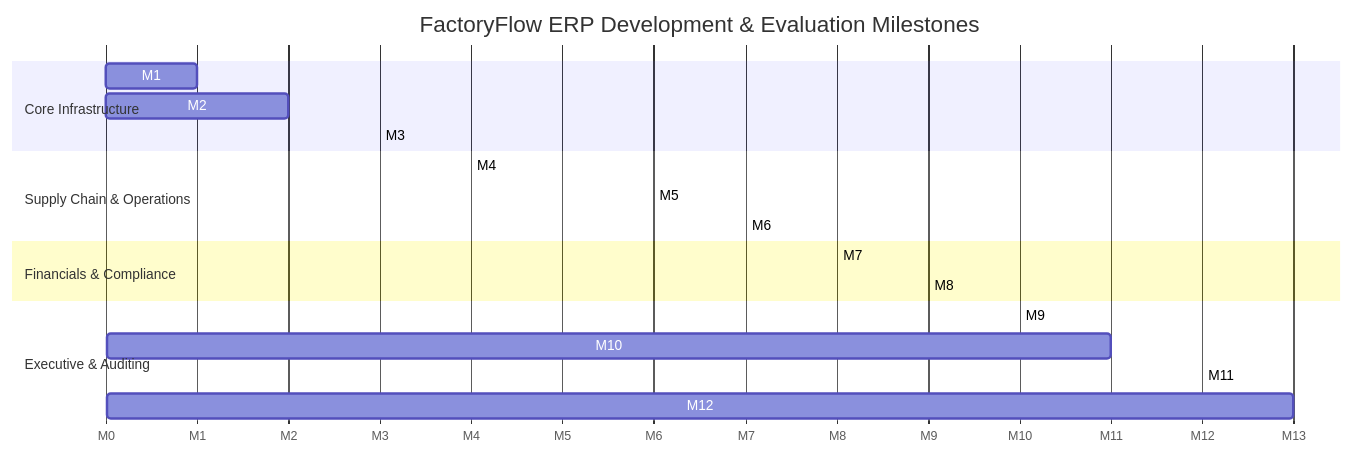
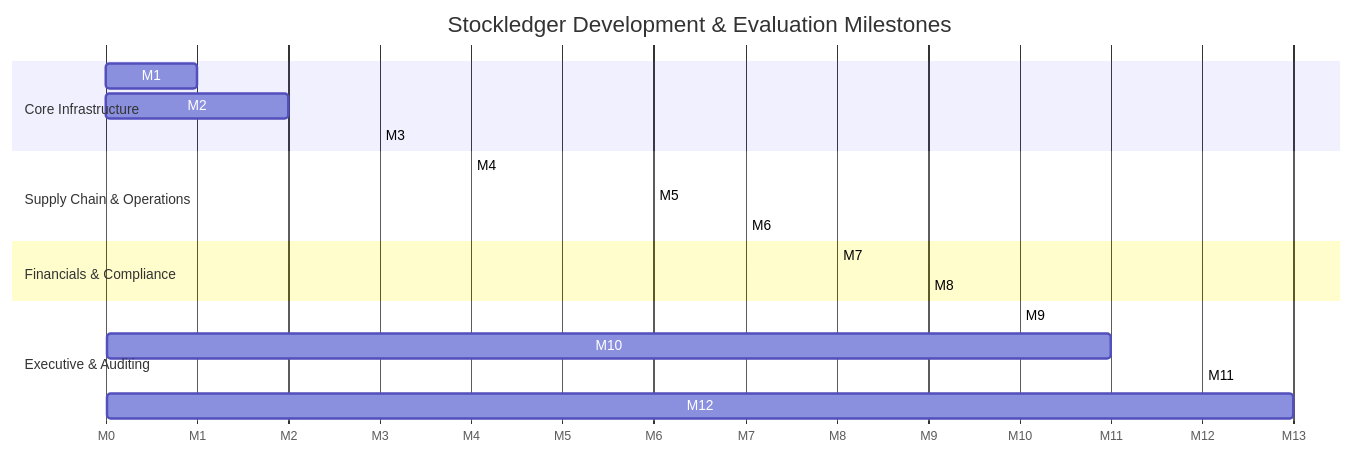
One commit to ramanan-sethuraman/Stockledger changed the diagram in docs/DEVELOPMENT_ROADMAP.md. Above: the diagram before and after it, drawn with Mermaid. The commit also changed other lines of this file and 23 other files, not shown here.

````diff
--- a/docs/DEVELOPMENT_ROADMAP.md
+++ b/docs/DEVELOPMENT_ROADMAP.md
@@ -6,22 +6,22 @@
 ```mermaid
 gantt
-    title FactoryFlow ERP Development & Evaluation Milestones
+    title Stockledger Development & Evaluation Milestones
     dateFormat  X
     axisFormat  M%s
     section Core Infrastructure
     M1: Analysis & Architecture        :active, 0, 1
     M2: Database Schema & ER Model     :crit, 1, 2
     M3: Auth & RBAC Security           :2, 3
     section Supply Chain & Operations
     M4: Inventory Ledger & Purchase    :3, 4
     M5: BOM & Production Engine        :5, 6
     M6: Sales & Order Approval         :6, 7
     section Financials & Compliance
     M7: GST Invoices & Dispatch        :7, 8
     M8: Product Costing & Payments     :8, 9
     section Executive & Auditing
     M9: Dashboards & Financial Reports :9, 10
     M10: Test Automation & Benchmark   :crit, 10, 11
     M11: UI Polish & Documentation     :11, 12
-    M12: Final Evaluator Simulation    :crit, 12, 13
+    M12: Evaluator Simulation          :crit, 12, 13
 ```
````
